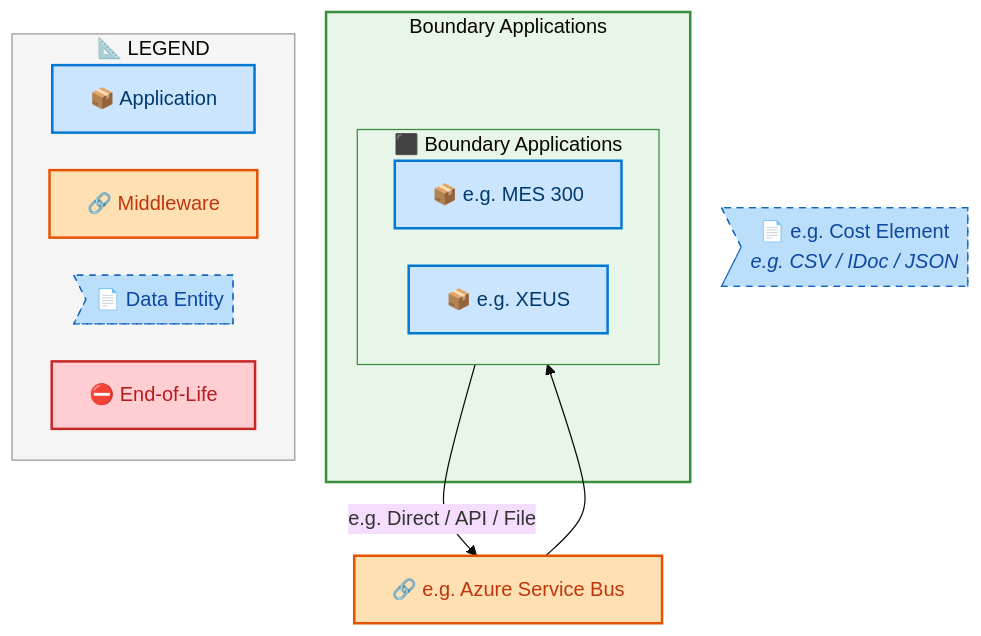
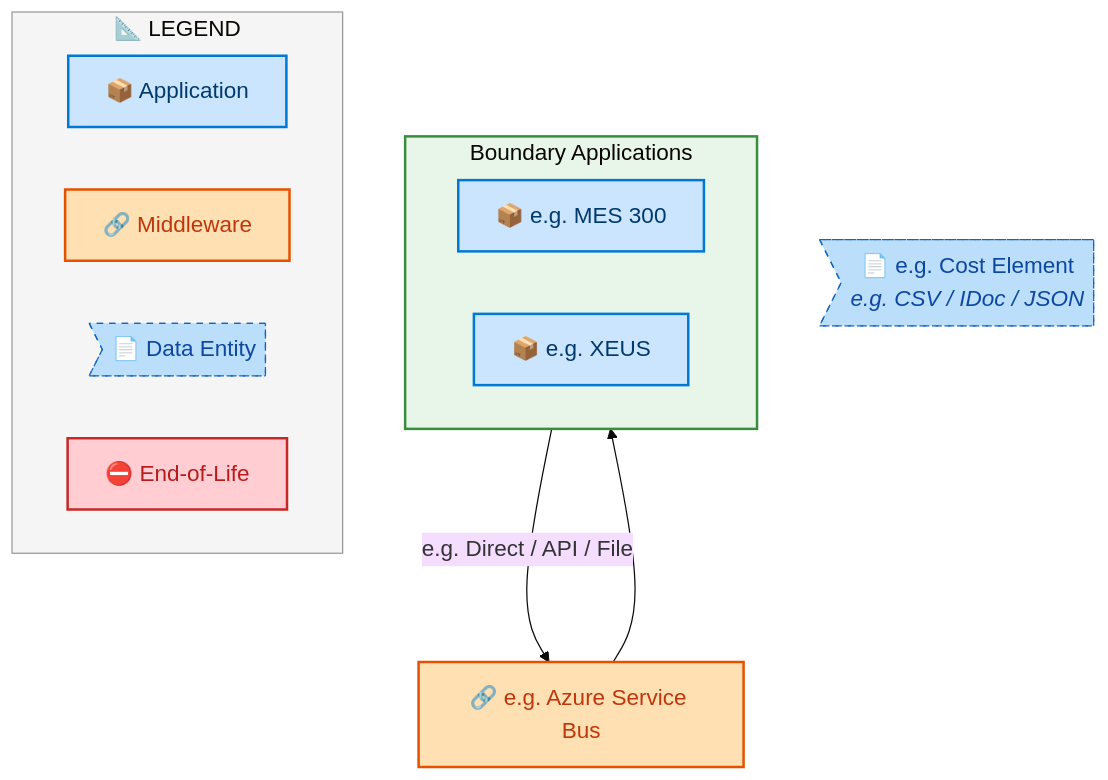
The fourth of 7 diagrams in towers/E2E/Master Data/E2E-90/output/docs/systems-architecture/E2E-90-Architecture.md (sajivfrancis777/IAO-Architecture), drawn with Mermaid before and after one commit. The commit also changed other lines of this file and 251 other files, not shown here.

````diff
--- a/towers/E2E/Master Data/E2E-90/output/docs/systems-architecture/E2E-90-Architecture.md
+++ b/towers/E2E/Master Data/E2E-90/output/docs/systems-architecture/E2E-90-Architecture.md
@@ -497,40 +497,37 @@
 ```mermaid
-%%{init: {"theme": "base", "securityLevel": "loose", "themeVariables": {"fontSize": "16px", "fontFamily": "Segoe UI, Arial, sans-serif"}, "flowchart": {"useMaxWidth": false, "htmlLabels": true, "nodeSpacing": 30, "rankSpacing": 35}} }%%
+%%{init: {"theme": "base", "securityLevel": "loose", "themeVariables": {"fontSize": "18px", "fontFamily": "Segoe UI, Arial, sans-serif"}, "flowchart": {"useMaxWidth": false, "htmlLabels": true, "nodeSpacing": 50, "rankSpacing": 60}} }%%
 flowchart TB
     %% -- ArchiMate 3.2 + Azure style classes --
     classDef business      fill:#FFFFB3,stroke:#F9A825,stroke-width:2px,color:#000
     classDef app           fill:#CCE5FF,stroke:#0078D4,stroke-width:2px,color:#003A6C
     classDef data          fill:#BBDEFB,stroke:#1565C0,stroke-width:1px,color:#0D47A1,stroke-dasharray: 5 5
     classDef middleware    fill:#FFE0B2,stroke:#E65100,stroke-width:2px,color:#BF360C
     classDef eol           fill:#FFCDD2,stroke:#C62828,stroke-width:2px,color:#B71C1C
     classDef saas          fill:#E1BEE7,stroke:#7B1FA2,stroke-width:2px,color:#4A148C
     classDef cloud         fill:#BBDEFB,stroke:#1565C0,stroke-width:2px,color:#0D47A1
     classDef onprem        fill:#C8E6C9,stroke:#2E7D32,stroke-width:2px,color:#1B5E20
 
-    subgraph E2E90CT_Boundary_Applications["Boundary Applications"]
-        subgraph E2E90CLN_Boundary_Applications[" ⬛ Boundary Applications"]
-            direction LR
-            E2E90C_e_g_MES_300["📦 e.g. MES 300"]:::app
-            E2E90C_e_g_XEUS["📦 e.g. XEUS"]:::app
-        end
+    subgraph E2E90CLN_Boundary_Applications[" Boundary Applications"]
+        direction LR
+        E2E90C_e_g_MES_300["📦 e.g. MES 300"]:::app
+        E2E90C_e_g_XEUS["📦 e.g. XEUS"]:::app
     end
 
     E2E90CMW_e_g_Azure_Service_Bus["🔗 e.g. Azure Service Bus"]:::middleware
     E2E90CDE_e_g_Cost_Element>"📄 e.g. Cost Element<br/><i>e.g. CSV / IDoc / JSON</i>"]:::data
 
     E2E90C_e_g_MES_300 -->|"e.g. Direct / API / File"| E2E90CMW_e_g_Azure_Service_Bus
     E2E90CMW_e_g_Azure_Service_Bus --> E2E90C_e_g_XEUS
 
 
-    style E2E90CT_Boundary_Applications fill:#E8F5E9,stroke:#388E3C,stroke-width:2px
-    style E2E90CLN_Boundary_Applications fill:#E8F5E9,stroke:#388E3C,stroke-width:1px
+    style E2E90CLN_Boundary_Applications fill:#E8F5E9,stroke:#388E3C,stroke-width:2px
 
     subgraph Legend["📐 LEGEND"]
         direction LR
         L_APP["📦 Application"]:::app
         L_MW["🔗 Middleware"]:::middleware
         L_DE>"📄 Data Entity"]:::data
         L_EOL["⛔ End-of-Life"]:::eol
     end
     style Legend fill:#F5F5F5,stroke:#999,stroke-width:1px
 ```
````
